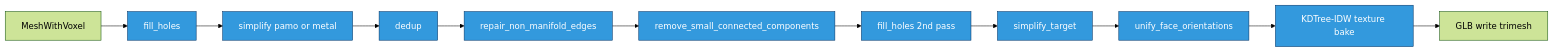
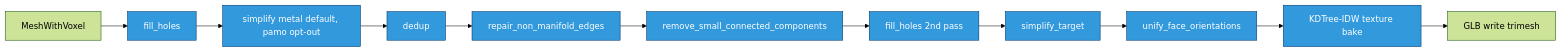
Before and after one commit to pawel-mazurkiewicz/Pixal3D-mac: the seventh of 7 diagrams in PIPELINE_MAP.md, drawn with Mermaid (forest theme). The commit also changed other lines of this file and 35 other files, not shown here.

````diff
--- a/PIPELINE_MAP.md
+++ b/PIPELINE_MAP.md
@@ -257,15 +365,15 @@
 ```mermaid
 flowchart LR
     A[MeshWithVoxel] --> B[fill_holes]
-    B --> C[simplify pamo or metal]
+    B --> C[simplify metal default, pamo opt-out]
     C --> D[dedup]
     D --> E[repair_non_manifold_edges]
     E --> F[remove_small_connected_components]
     F --> G[fill_holes 2nd pass]
     G --> H[simplify_target]
     H --> I[unify_face_orientations]
     I --> J[KDTree-IDW texture bake]
     J --> K[GLB write trimesh]
     classDef subproc fill:#39d,stroke:#036,color:#fff
     class B,C,D,E,F,G,H,I,J subproc
 ```
````
